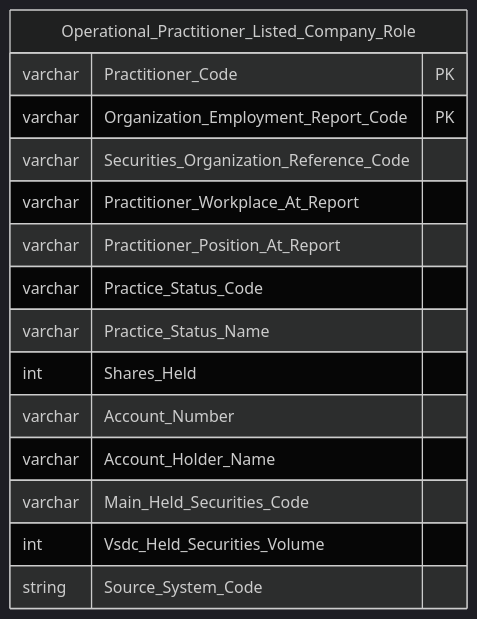
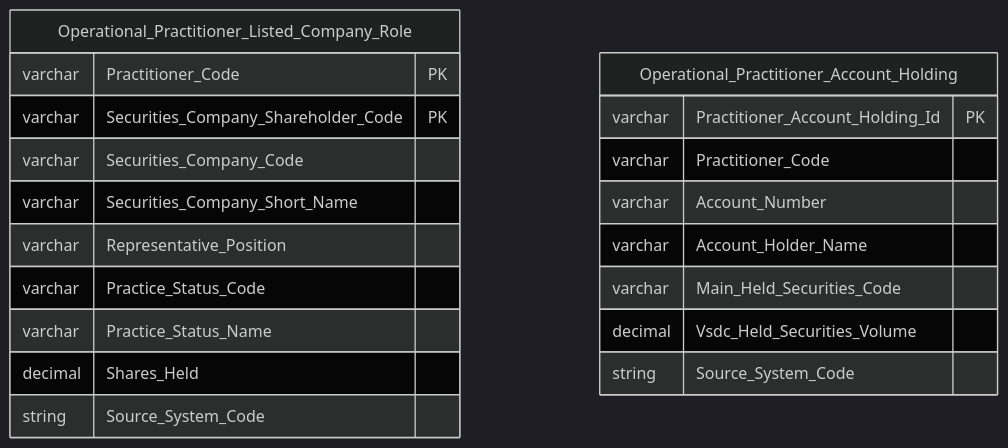
Before and after one commit to linhlvit/ubck_atomic_design: diagram 26 of 39 in Datamart/hld/DTM_NHNCK_HLD.md, drawn with Mermaid (dark theme). The commit also changed other lines of this file and 13 other files, not shown here.

````diff
--- a/Datamart/hld/DTM_NHNCK_HLD.md
+++ b/Datamart/hld/DTM_NHNCK_HLD.md
@@ -1175,19 +1179,25 @@
 ```mermaid
 erDiagram
     Operational_Practitioner_Listed_Company_Role {
         varchar Practitioner_Code PK
-        varchar Organization_Employment_Report_Code PK
-        varchar Securities_Organization_Reference_Code
-        varchar Practitioner_Workplace_At_Report
-        varchar Practitioner_Position_At_Report
+        varchar Securities_Company_Shareholder_Code PK
+        varchar Securities_Company_Code
+        varchar Securities_Company_Short_Name
+        varchar Representative_Position
         varchar Practice_Status_Code
         varchar Practice_Status_Name
-        int Shares_Held
+        decimal Shares_Held
+        string Source_System_Code
+
+    }
+    Operational_Practitioner_Account_Holding {
+        varchar Practitioner_Account_Holding_Id PK
+        varchar Practitioner_Code
         varchar Account_Number
         varchar Account_Holder_Name
         varchar Main_Held_Securities_Code
-        int Vsdc_Held_Securities_Volume
+        decimal Vsdc_Held_Securities_Volume
         string Source_System_Code
 
     }
 ```
````
